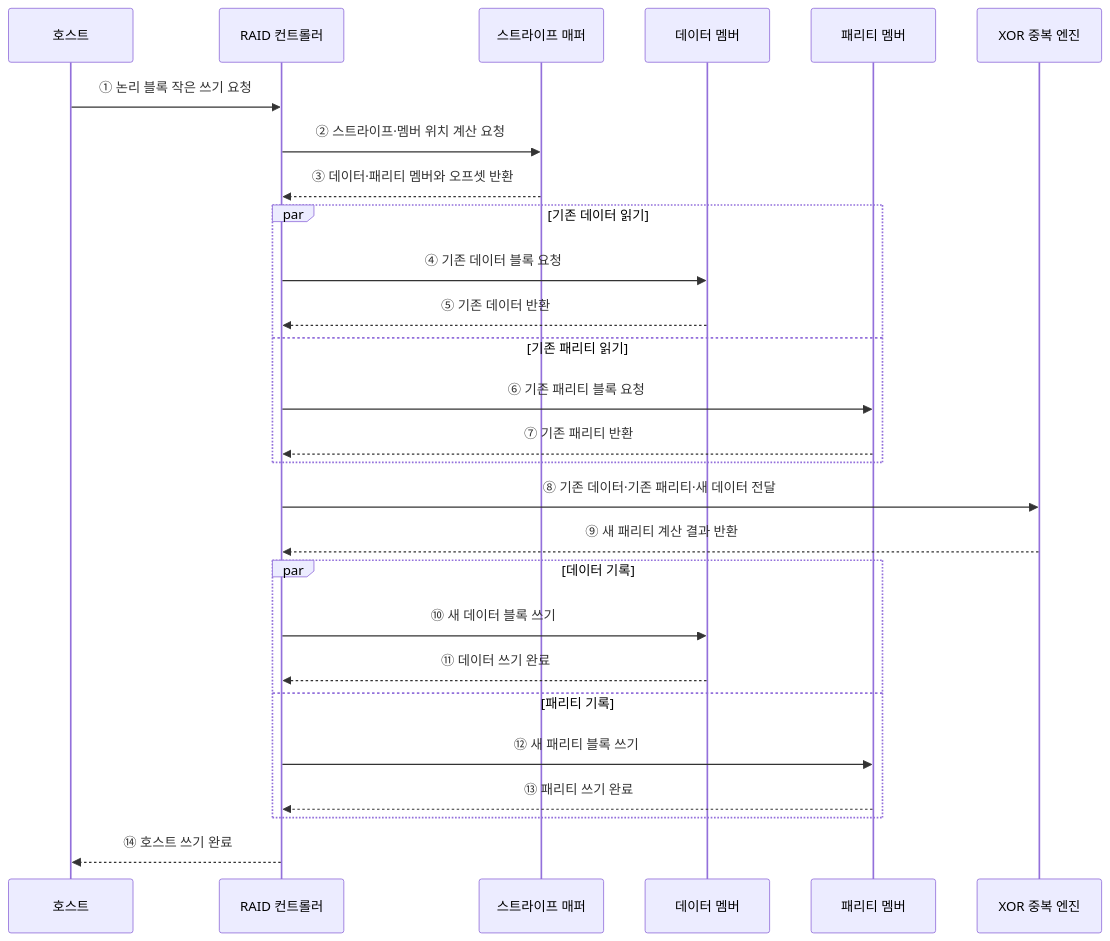
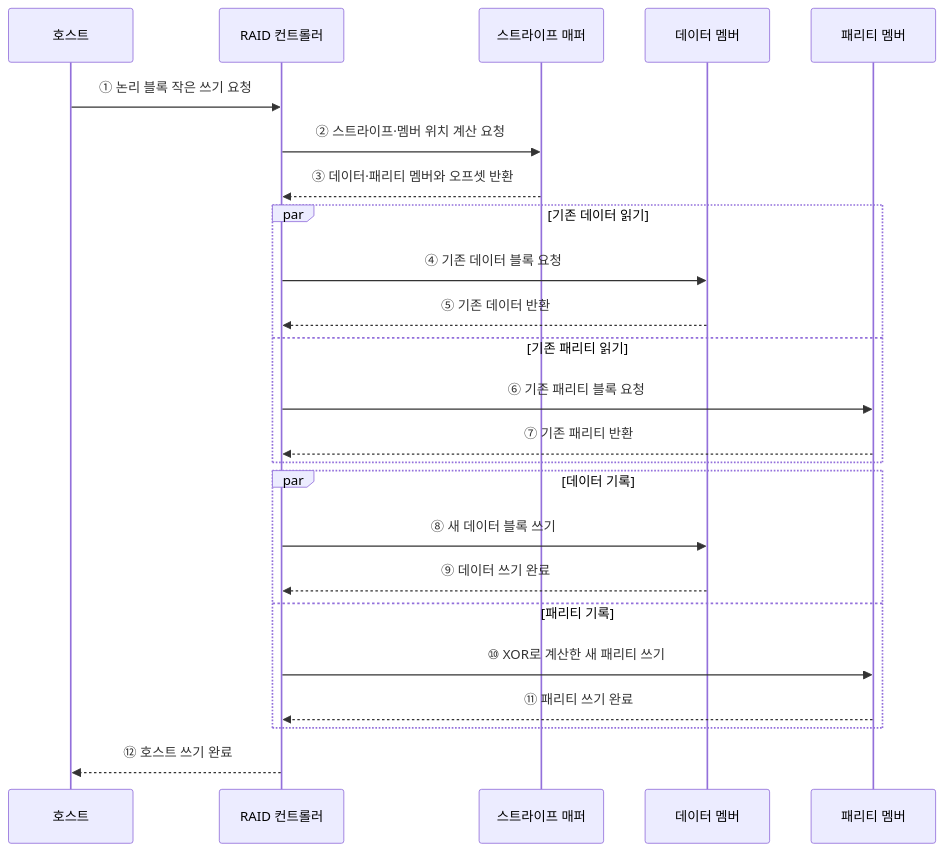
Before and after one commit to agnusdei1207/knowledge-base: the second of 2 diagrams in src/content/docs/notes/02-hardware/032_raid_levels.md, drawn with Mermaid. The commit also changed other lines of this file and 20 other files, not shown here.

````diff
--- a/src/content/docs/notes/02-hardware/032_raid_levels.md
+++ b/src/content/docs/notes/02-hardware/032_raid_levels.md
@@ -100,30 +91,27 @@
 ```mermaid
 sequenceDiagram
     participant H as 호스트
     participant C as RAID 컨트롤러
     participant M as 스트라이프 매퍼
     participant D as 데이터 멤버
     participant P as 패리티 멤버
-    participant X as XOR 중복 엔진
 
     H->>C: ① 논리 블록 작은 쓰기 요청
     C->>M: ② 스트라이프·멤버 위치 계산 요청
     M-->>C: ③ 데이터·패리티 멤버와 오프셋 반환
     par 기존 데이터 읽기
         C->>D: ④ 기존 데이터 블록 요청
         D-->>C: ⑤ 기존 데이터 반환
     and 기존 패리티 읽기
         C->>P: ⑥ 기존 패리티 블록 요청
         P-->>C: ⑦ 기존 패리티 반환
     end
-    C->>X: ⑧ 기존 데이터·기존 패리티·새 데이터 전달
-    X-->>C: ⑨ 새 패리티 계산 결과 반환
     par 데이터 기록
-        C->>D: ⑩ 새 데이터 블록 쓰기
-        D-->>C: ⑪ 데이터 쓰기 완료
+        C->>D: ⑧ 새 데이터 블록 쓰기
+        D-->>C: ⑨ 데이터 쓰기 완료
     and 패리티 기록
-        C->>P: ⑫ 새 패리티 블록 쓰기
-        P-->>C: ⑬ 패리티 쓰기 완료
+        C->>P: ⑩ XOR로 계산한 새 패리티 쓰기
+        P-->>C: ⑪ 패리티 쓰기 완료
     end
-    C-->>H: ⑭ 호스트 쓰기 완료
+    C-->>H: ⑫ 호스트 쓰기 완료
 ```
````
